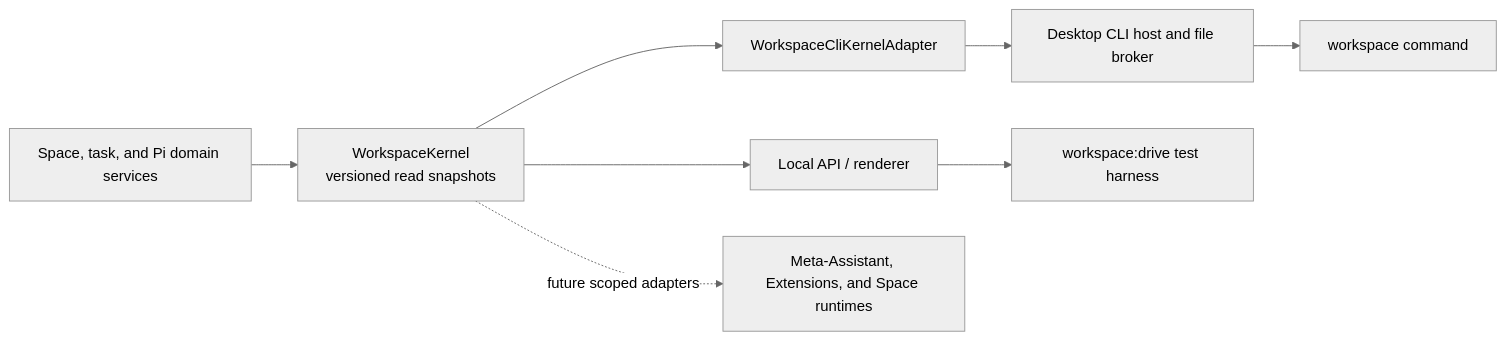
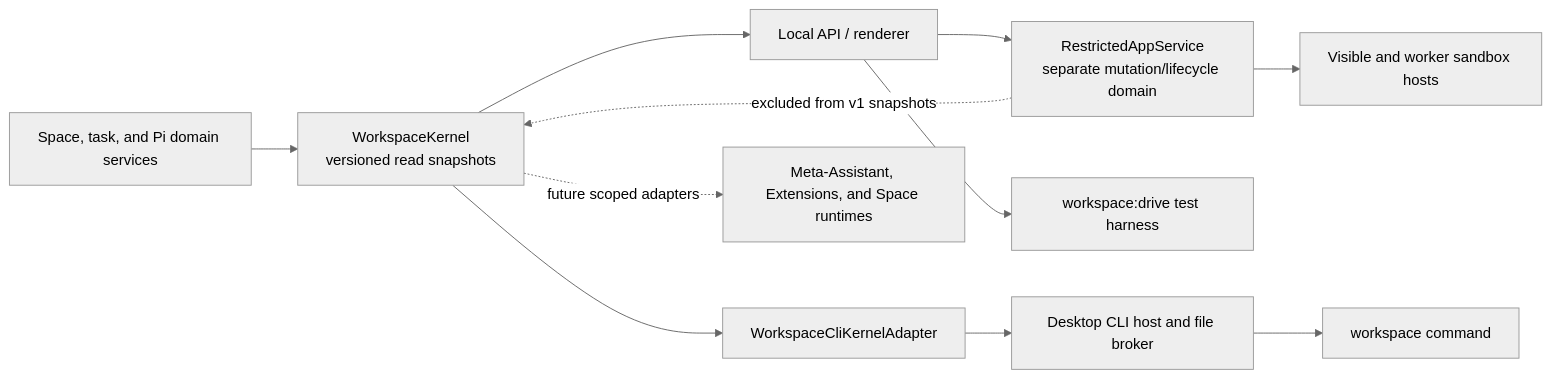
One commit to Mat-Tom-Son/workspace changed the diagram in docs/management-layer.md. Above: the diagram before and after it, drawn with Mermaid (neutral theme). The commit also changed other lines of this file and 19 other files, not shown here.

````diff
--- a/docs/management-layer.md
+++ b/docs/management-layer.md
@@ -18,10 +18,13 @@
 ```mermaid
 flowchart LR
   domains["Space, task, and Pi domain services"] --> kernel["WorkspaceKernel<br/>versioned read snapshots"]
   kernel --> api["Local API / renderer"]
   kernel --> adapter["WorkspaceCliKernelAdapter"]
   adapter --> host["Desktop CLI host and file broker"]
   host --> command["workspace command"]
   api --> driver["workspace:drive test harness"]
   kernel -. "future scoped adapters" .-> future["Meta-Assistant, Extensions, and Space runtimes"]
+  api --> restricted["RestrictedAppService<br/>separate mutation/lifecycle domain"]
+  restricted --> sandboxes["Visible and worker sandbox hosts"]
+  restricted -. "excluded from v1 snapshots" .-> kernel
 ```
````
